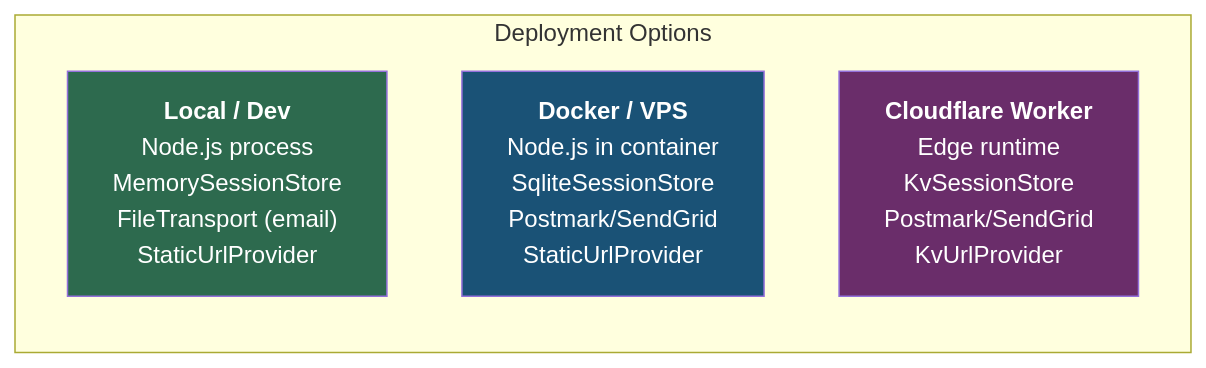
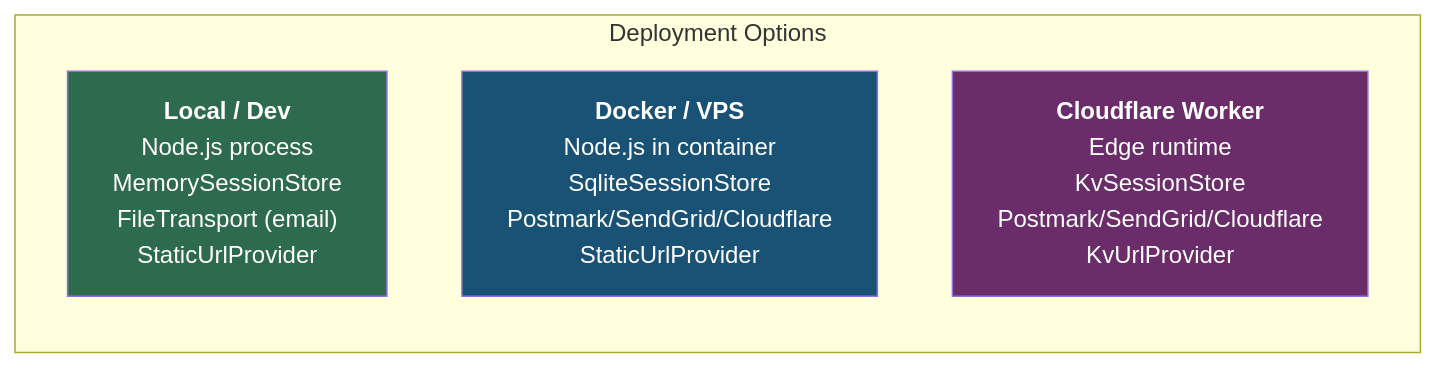
One commit to Holo-Host/joining-service changed the seventh of 9 diagrams in ARCHITECTURE.md. Above: the diagram before and after it, drawn with Mermaid. The commit also changed other lines of this file and 9 other files, not shown here.

First line of the commit message:
feat(email): the cloudflare provider sends through Cloudflare Email Sending (#37)

````diff
--- a/ARCHITECTURE.md
+++ b/ARCHITECTURE.md
@@ -401,16 +401,16 @@
 ```mermaid
 graph LR
     subgraph "Deployment Options"
         direction TB
 
         Local["<b>Local / Dev</b><br/>Node.js process<br/>MemorySessionStore<br/>FileTransport (email)<br/>StaticUrlProvider"]
 
-        Docker["<b>Docker / VPS</b><br/>Node.js in container<br/>SqliteSessionStore<br/>Postmark/SendGrid<br/>StaticUrlProvider"]
+        Docker["<b>Docker / VPS</b><br/>Node.js in container<br/>SqliteSessionStore<br/>Postmark/SendGrid/Cloudflare<br/>StaticUrlProvider"]
 
-        CF["<b>Cloudflare Worker</b><br/>Edge runtime<br/>KvSessionStore<br/>Postmark/SendGrid<br/>KvUrlProvider"]
+        CF["<b>Cloudflare Worker</b><br/>Edge runtime<br/>KvSessionStore<br/>Postmark/SendGrid/Cloudflare<br/>KvUrlProvider"]
     end
 
     style Local fill:#2d6a4e,color:#fff
     style Docker fill:#1a5276,color:#fff
     style CF fill:#6a2d6a,color:#fff
 ```
````
